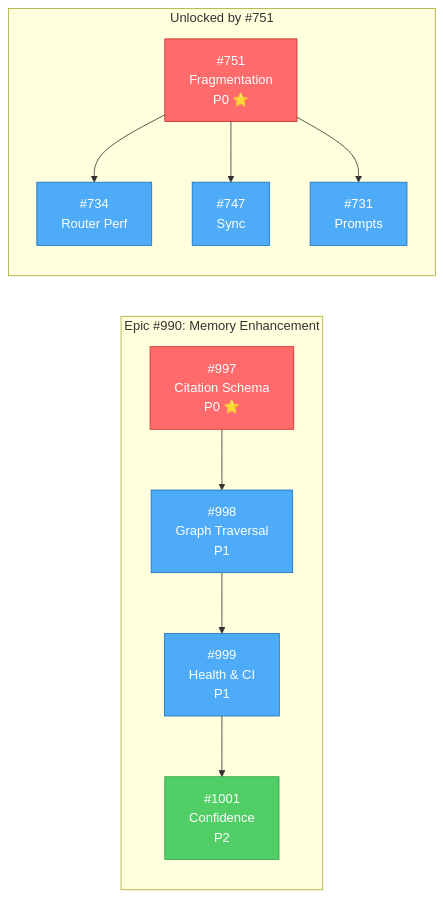
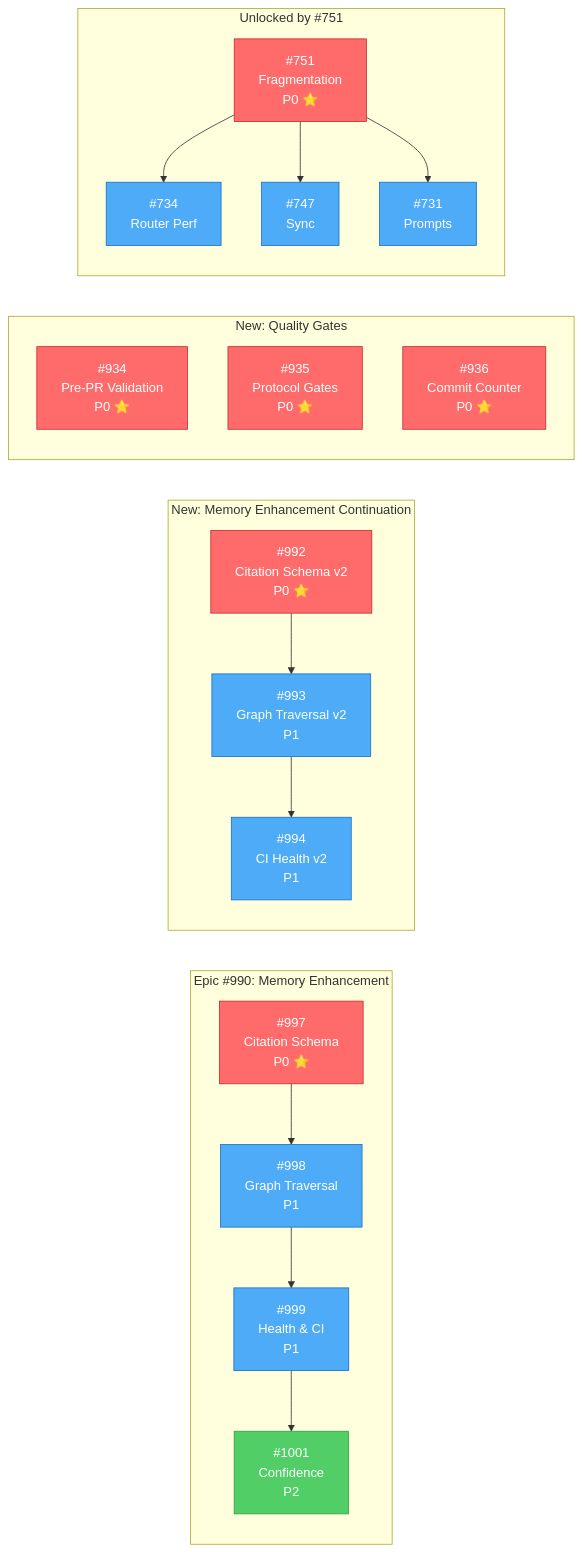
The first of 5 diagrams in .agents/planning/v0.3.0/PLAN.md (rjmurillo/ai-agents), drawn with Mermaid before and after one commit. The commit also changed other lines of this file and 1 other file, not shown here.

Commit message:
feat: add 6 issues to v0.3.0 milestone and update PLAN.md
Added issues to milestone:
- #992, #993, #994: Memory enhancement continuation (P0, P1, P1)
- #934, #935, #936: Quality gates (P0, P0, P0)

Updated PLAN.md:
- Scope: 23 → 29 issues (6 P0, 21 P1, 2 P2)
- Added P0 blockers section entries
- Updated epic chain diagram with new issues
- Last updated: 2026-02-07

Rationale: Complete memory enhancement epic #990 follow-through
and implement PR #908 retrospective quality gates.

````diff
--- a/.agents/planning/v0.3.0/PLAN.md
+++ b/.agents/planning/v0.3.0/PLAN.md
@@ -123,22 +131,33 @@
 ```mermaid
 flowchart LR
     subgraph Epic #990: Memory Enhancement
         A[#997<br/>Citation Schema<br/>P0 ⭐] --> B[#998<br/>Graph Traversal<br/>P1]
         B --> C[#999<br/>Health & CI<br/>P1]
         C --> D[#1001<br/>Confidence<br/>P2]
     end
 
+    subgraph New: Memory Enhancement Continuation
+        E[#992<br/>Citation Schema v2<br/>P0 ⭐] --> F[#993<br/>Graph Traversal v2<br/>P1]
+        F --> G[#994<br/>CI Health v2<br/>P1]
+    end
+
+    subgraph New: Quality Gates
+        H[#934<br/>Pre-PR Validation<br/>P0 ⭐]
+        I[#935<br/>Protocol Gates<br/>P0 ⭐]
+        J[#936<br/>Commit Counter<br/>P0 ⭐]
+    end
+
     subgraph Unlocked by #751
-        E[#751<br/>Fragmentation<br/>P0 ⭐] --> F[#734<br/>Router Perf]
-        E --> G[#747<br/>Sync]
-        E --> H[#731<br/>Prompts]
+        K[#751<br/>Fragmentation<br/>P0 ⭐] --> L[#734<br/>Router Perf]
+        K --> M[#747<br/>Sync]
+        K --> N[#731<br/>Prompts]
     end
 
     classDef p0 fill:#ff6b6b,stroke:#c92a2a,color:#fff
     classDef p1 fill:#4dabf7,stroke:#1971c2,color:#fff
     classDef p2 fill:#51cf66,stroke:#2f9e44,color:#fff
 
-    class A,E p0
-    class B,C,F,G,H p1
+    class A,K,E,H,I,J p0
+    class B,C,L,M,N,F,G p1
     class D p2
 ```
````
